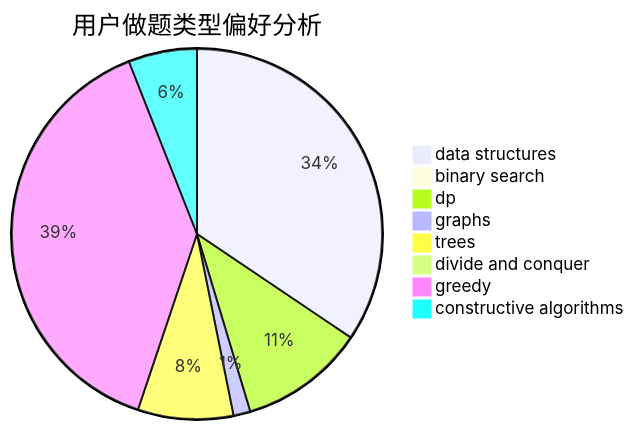
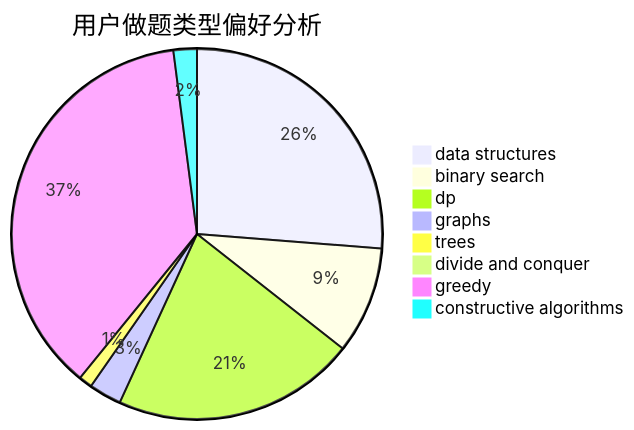
The second of 3 diagrams in docs/user/u1660.md (sherpahu/cfrs.github.io), drawn with Mermaid before and after one commit. The commit also changed other lines of this file and 2770 other files, not shown here.

````diff
--- a/docs/user/u1660.md
+++ b/docs/user/u1660.md
@@ -23,11 +23,11 @@
 ```mermaid
 pie title 用户做题类型偏好分析
-    "data structures" :  397
-    "binary search" :  9
-    "dp" :  126
-    "graphs" :  17
-    "trees" :  96
+    "data structures" :  424
+    "binary search" :  151
+    "dp" :  343
+    "graphs" :  46
+    "trees" :  19
     "divide and conquer" :  0
-    "greedy" :  448
-    "constructive algorithms" :  69
+    "greedy" :  599
+    "constructive algorithms" :  33
 ```
````
